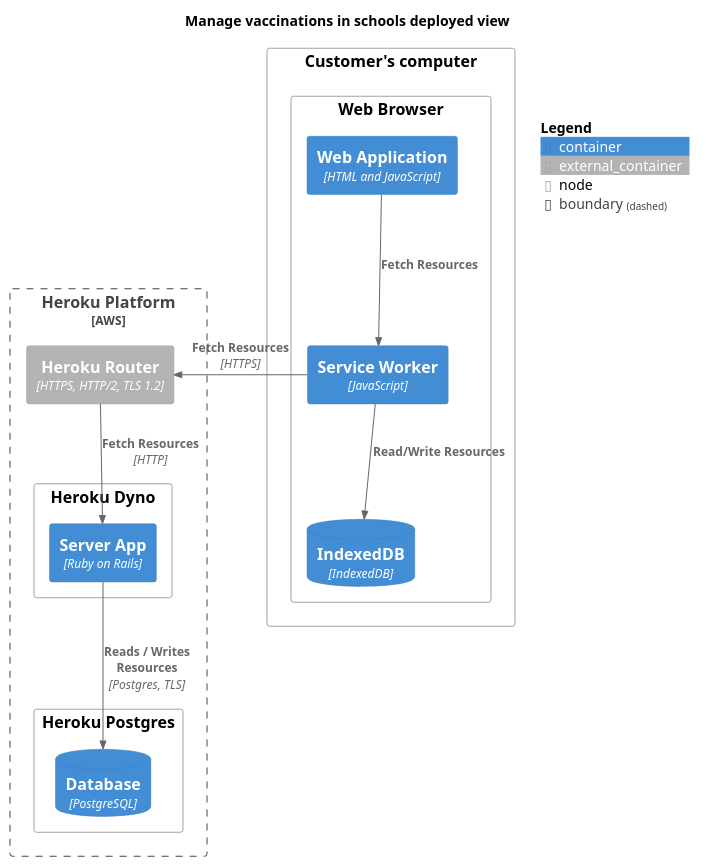
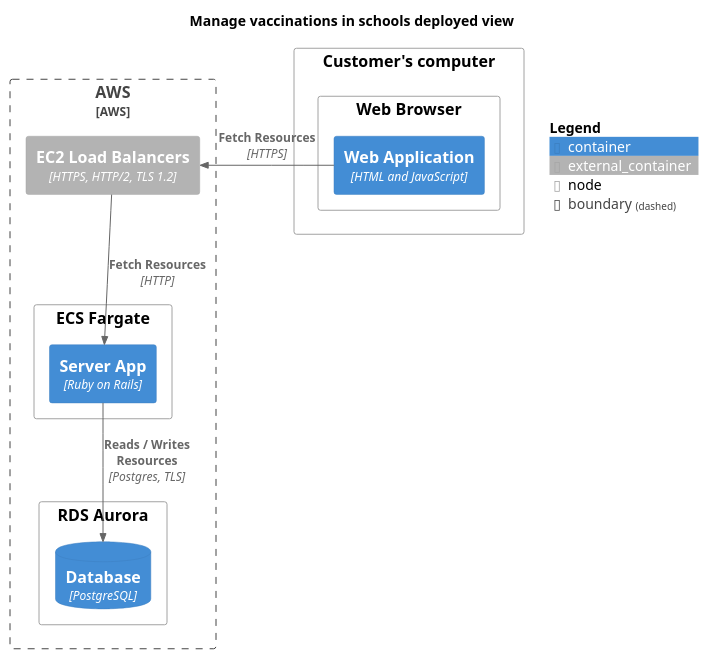
The diagram in docs/diagrams/deployed-view.puml (nhsuk/manage-vaccinations-in-schools), drawn with PlantUML before and after one commit. The commit also changed 4 other files, not shown here.

Commit message:
Update architecture diagrams

```diff
--- a/docs/diagrams/deployed-view.puml
+++ b/docs/diagrams/deployed-view.puml
@@ -1,35 +1,31 @@
 @startuml
 
 !include <C4/C4_Deployment.puml>
 
 title "Manage vaccinations in schools deployed view"
 
-Boundary(heroku, "Heroku Platform", "AWS") {
-    Container_Ext(router, "Heroku Router", "HTTPS, HTTP/2, TLS 1.2")
+Boundary(aws, "AWS", "AWS") {
+    Container_Ext(lb, "EC2 Load Balancers", "HTTPS, HTTP/2, TLS 1.2")
 
-    Deployment_Node(dyno, "Heroku Dyno") {
+    Deployment_Node(dyno, "ECS Fargate") {
         Container(server, "Server App", "Ruby on Rails")
     }
 
-    Deployment_Node(herokuPostgres, "Heroku Postgres") {
+    Deployment_Node(herokuPostgres, "RDS Aurora") {
         ContainerDb(db, "Database", "PostgreSQL")
     }
 }
 
 Deployment_Node(comp, "Customer's computer") {
     Deployment_Node(browser, "Web Browser") {
         Container(webapp, "Web Application", "HTML and JavaScript")
-        Container(sw, "Service Worker", "JavaScript")
-        ContainerDb(indexedb, "IndexedDB", "IndexedDB")
     }
 }
 
-Rel(router, server, "Fetch Resources", "HTTP")
+Rel(lb, server, "Fetch Resources", "HTTP")
 Rel(server, db, "Reads / Writes Resources", "Postgres, TLS")
-Rel_L(sw, router, "Fetch Resources", "HTTPS")
-Rel(webapp, sw, "Fetch Resources")
-Rel(sw, indexedb, "Read/Write Resources")
+Rel_L(webapp, lb, "Fetch Resources", "HTTPS")
 
 SHOW_FLOATING_LEGEND()
 
 @enduml
```
